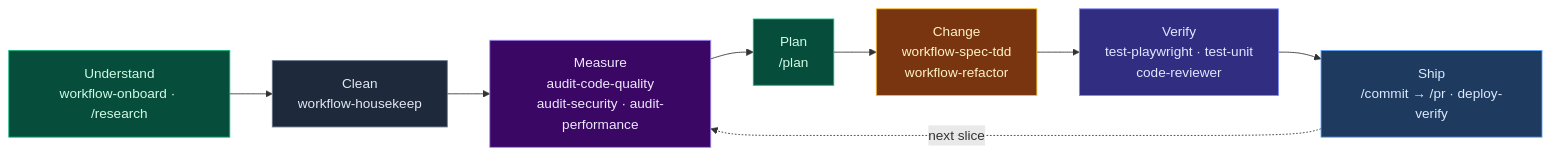
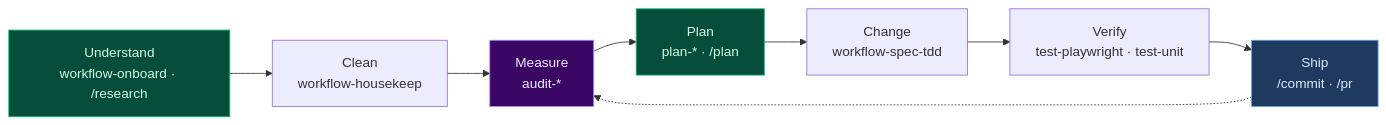
One commit to kensaurus/cursor-kenji changed the diagram in README.md. Above: the diagram before and after it, drawn with Mermaid. The commit also changed other lines of this file and 23 other files, not shown here.

````diff
--- a/README.md
+++ b/README.md
@@ -160,18 +99,15 @@
 ```mermaid
 flowchart LR
   U["Understand<br/>workflow-onboard · /research"] --> C["Clean<br/>workflow-housekeep"]
-  C --> M["Measure<br/>audit-code-quality<br/>audit-security · audit-performance"]
-  M --> P["Plan<br/>/plan"]
-  P --> CH["Change<br/>workflow-spec-tdd<br/>workflow-refactor"]
-  CH --> V["Verify<br/>test-playwright · test-unit<br/>code-reviewer"]
-  V --> S["Ship<br/>/commit → /pr · deploy-verify"]
-  S -. "next slice" .-> M
+  C --> M["Measure<br/>audit-*"]
+  M --> P["Plan<br/>plan-* · /plan"]
+  P --> CH["Change<br/>workflow-spec-tdd"]
+  CH --> V["Verify<br/>test-playwright · test-unit"]
+  V --> S["Ship<br/>/commit · /pr"]
+  S -.-> M
 
   style U fill:#064e3b,stroke:#10b981,color:#d1fae5
-  style C fill:#1e293b,stroke:#64748b,color:#e2e8f0
   style M fill:#3b0764,stroke:#a78bfa,color:#ede9fe
   style P fill:#064e3b,stroke:#10b981,color:#d1fae5
-  style CH fill:#78350f,stroke:#fbbf24,color:#fef3c7
-  style V fill:#312e81,stroke:#818cf8,color:#e0e7ff
   style S fill:#1e3a5f,stroke:#60a5fa,color:#dbeafe
 ```
````
